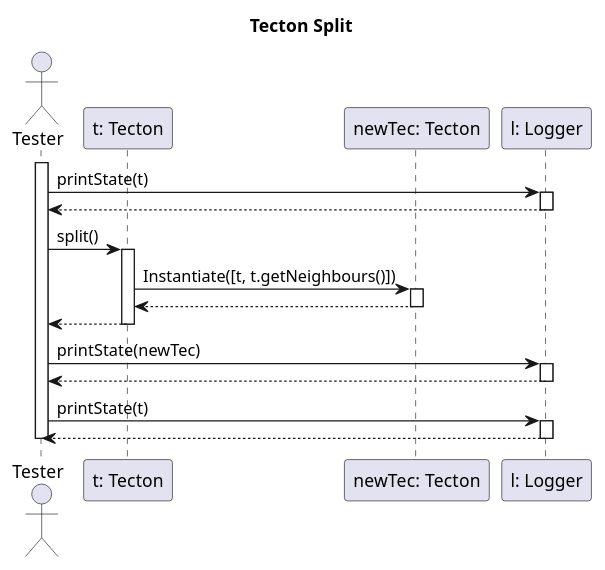
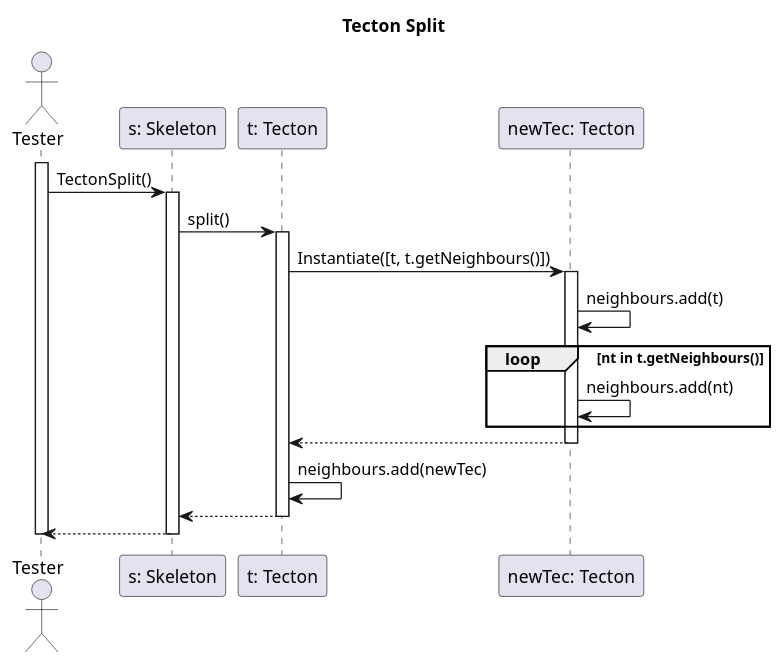
The diagram in diagrams/test-sequence/tectonSplit.puml (dzsem/projlab), drawn with PlantUML before and after one commit.

Commit message:
add skeleton, add implementation, rem logger in tectonSplit

```diff
--- a/diagrams/test-sequence/tectonSplit.puml
+++ b/diagrams/test-sequence/tectonSplit.puml
@@ -1,42 +1,43 @@
 @startuml tectonSplitTest
 
 title Tecton Split
 
 actor "Tester" as tst
+participant "s: Skeleton" as s
 participant "t: Tecton" as t
 participant "newTec: Tecton" as ntec
-participant "l: Logger" as l
 
 activate tst
 
-tst -> l: printState(t)
-activate l
-tst <-- l
-deactivate l
+tst -> s: TectonSplit()
+activate s
 
-tst -> t: split()
+s -> t: split()
 activate t
 
 ' ez nemtom így mennyire jó, de nincs jobb ötletem és leszarom XD
 t -> ntec: Instantiate([t, t.getNeighbours()])
 activate ntec
 
+ntec -> ntec: neighbours.add(t)
+
+loop nt in t.getNeighbours()
+
+ntec -> ntec: neighbours.add(nt)
+
+end
+
 t <-- ntec:
 deactivate ntec
 
-tst <-- t:
+t -> t: neighbours.add(newTec)
+
+s <-- t:
 deactivate t
 
-tst -> l: printState(newTec)
-activate l
-tst <-- l
-deactivate l
-
-tst -> l: printState(t)
-activate l
-tst <-- l
-deactivate l
+tst <-- s
+deactivate s
 
 deactivate tst
 
 @enduml
```
